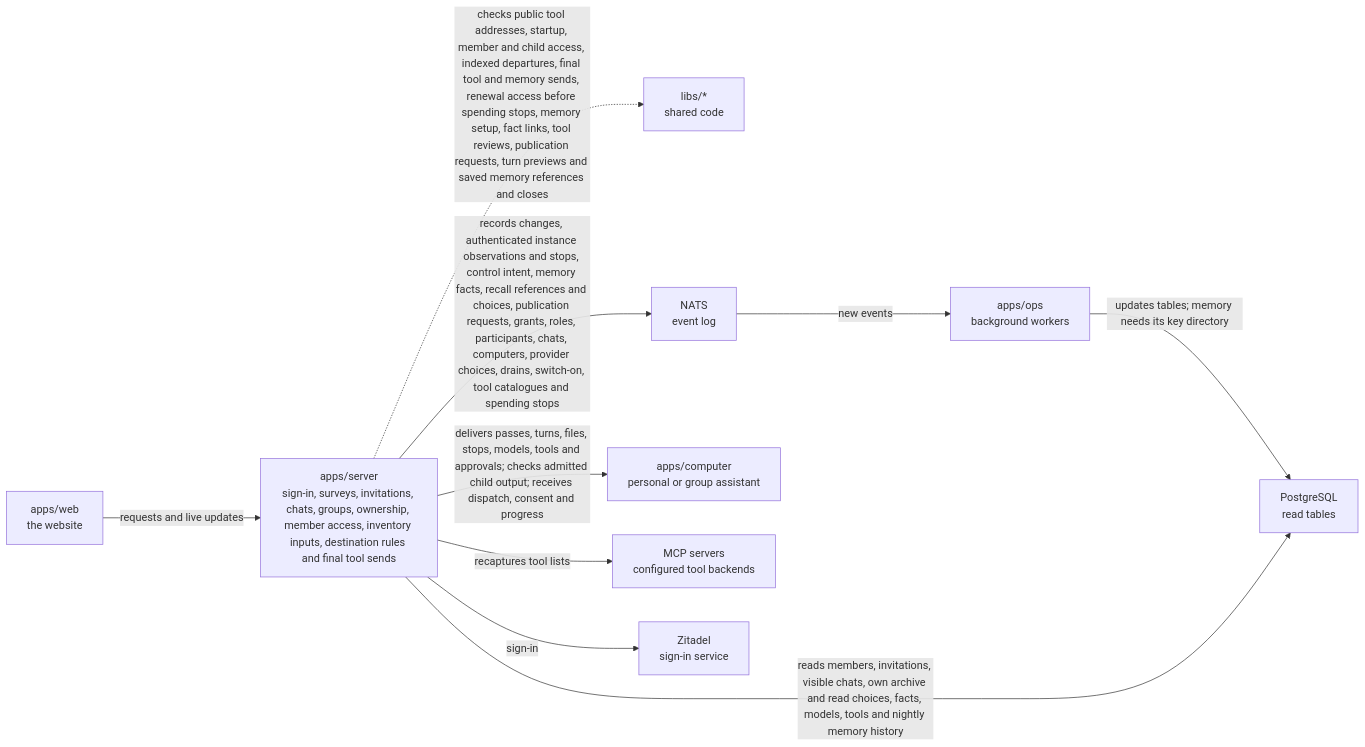
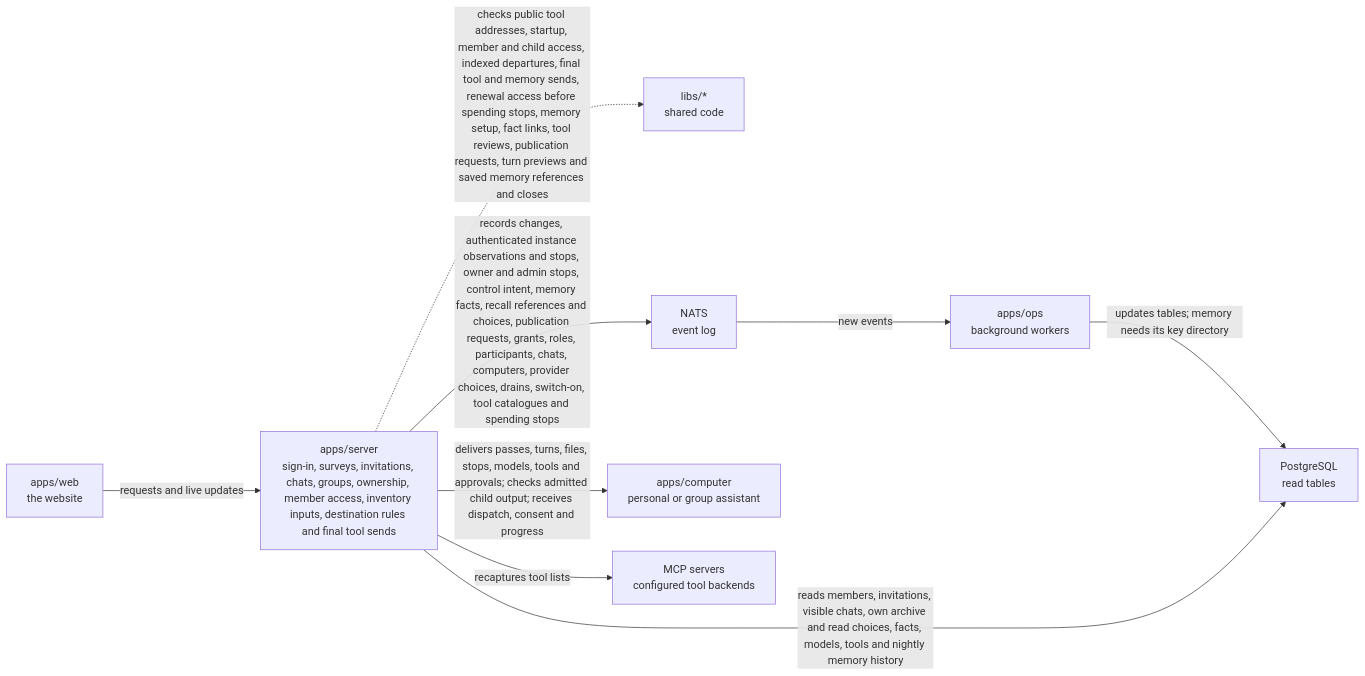
The diagram in apps/server/README.md (elewa-git/opencrane-new), drawn with Mermaid before and after one commit. The commit also changed other lines of this file and 16 other files, not shown here.

````diff
--- a/apps/server/README.md
+++ b/apps/server/README.md
@@ -11,12 +11,11 @@
 ```mermaid
 flowchart LR
   web["apps/web<br/>the website"] -->|requests and live updates| server["apps/server<br/>sign-in, surveys, invitations, chats, groups, ownership, member access, inventory inputs, destination rules and final tool sends"]
   server -.->|checks public tool addresses, startup, member and child access, indexed departures, final tool and memory sends, renewal access before spending stops, memory setup, fact links, tool reviews, publication requests, turn previews and saved memory references and closes| libs["libs/*<br/>shared code"]
-  server -->|records changes, authenticated instance observations and stops, control intent, memory facts, recall references and choices, publication requests, grants, roles, participants, chats, computers, provider choices, drains, switch-on, tool catalogues and spending stops| nats["NATS<br/>event log"]
+  server -->|records changes, authenticated instance observations and stops, owner and admin stops, control intent, memory facts, recall references and choices, publication requests, grants, roles, participants, chats, computers, provider choices, drains, switch-on, tool catalogues and spending stops| nats["NATS<br/>event log"]
   nats -->|new events| ops["apps/ops<br/>background workers"]
   ops -->|updates tables; memory needs its key directory| postgres["PostgreSQL<br/>read tables"]
   server -->|reads members, invitations, visible chats, own archive and read choices, facts, models, tools and nightly memory history| postgres
   server -->|delivers passes, turns, files, stops, models, tools and approvals; checks admitted child output; receives dispatch, consent and progress| computer["apps/computer<br/>personal or group assistant"]
   server -->|recaptures tool lists| mcp["MCP servers<br/>configured tool backends"]
-  server -->|sign-in| zitadel["Zitadel<br/>sign-in service"]
 ```
````
